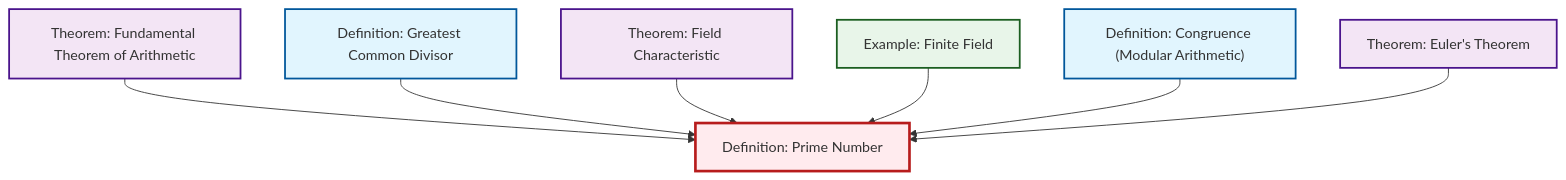
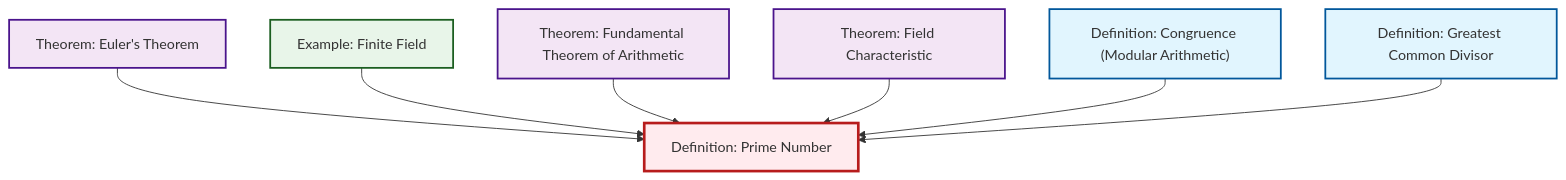
Before and after one commit to RK0429/ModernMath: the diagram in output/mermaid/def-prime.mermaid, drawn with Mermaid. The commit also changed other lines of this file and 1353 other files, not shown here.

```diff
--- a/output/mermaid/def-prime.mermaid
+++ b/output/mermaid/def-prime.mermaid
@@ -1,21 +1,21 @@
 %%| fig-cap: "Local dependency graph"
 graph TD
     classDef definition fill:#e1f5fe,stroke:#01579b,stroke-width:2px
     classDef theorem fill:#f3e5f5,stroke:#4a148c,stroke-width:2px
     classDef axiom fill:#fff3e0,stroke:#e65100,stroke-width:2px
     classDef example fill:#e8f5e9,stroke:#1b5e20,stroke-width:2px
     classDef current fill:#ffebee,stroke:#b71c1c,stroke-width:3px
+    def-gcd["Definition: Greatest Common Divisor"]:::definition
+    thm-field-characteristic["Theorem: Field Characteristic"]:::theorem
+    def-prime["Definition: Prime Number"]:::definition
+    thm-euler["Theorem: Euler's Theorem"]:::theorem
     def-congruence["Definition: Congruence (Modular Arithmetic)"]:::definition
     thm-fundamental-arithmetic["Theorem: Fundamental Theorem of Arithmetic"]:::theorem
-    thm-euler["Theorem: Euler's Theorem"]:::theorem
-    def-prime["Definition: Prime Number"]:::definition
-    thm-field-characteristic["Theorem: Field Characteristic"]:::theorem
     ex-finite-field["Example: Finite Field"]:::example
-    def-gcd["Definition: Greatest Common Divisor"]:::definition
+    thm-euler --> def-prime
+    ex-finite-field --> def-prime
     thm-fundamental-arithmetic --> def-prime
+    thm-field-characteristic --> def-prime
+    def-congruence --> def-prime
     def-gcd --> def-prime
-    thm-field-characteristic --> def-prime
-    ex-finite-field --> def-prime
-    def-congruence --> def-prime
-    thm-euler --> def-prime
     class def-prime current
```
